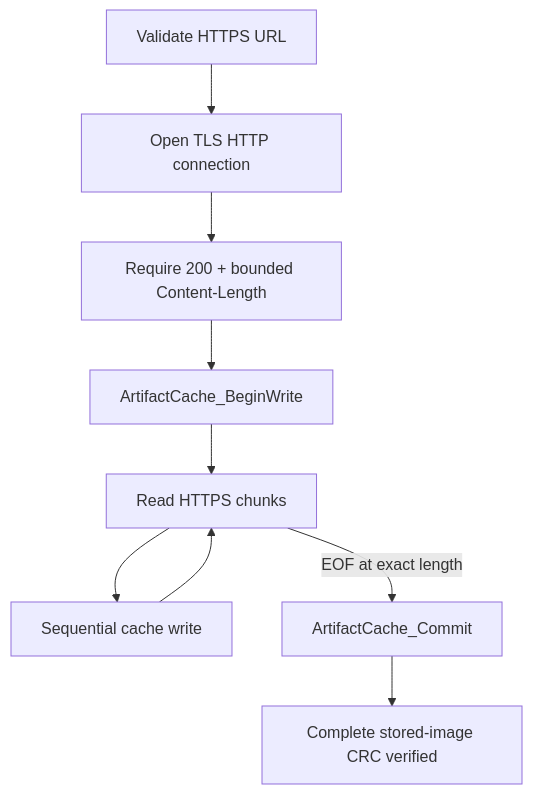
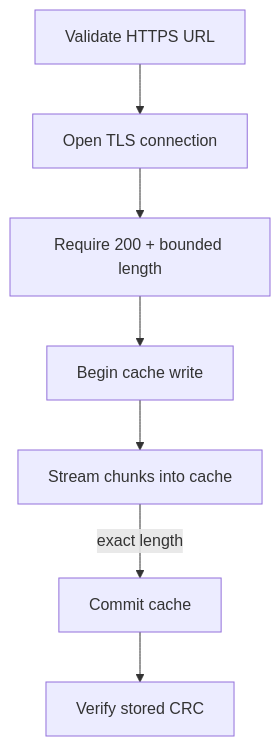
Before and after one commit to haikevins/secure-delta-ota-bootloader: the diagram in gateway-esp32/components/https_download/README.md, drawn with Mermaid. The commit also changed other lines of this file and 11 other files, not shown here.

````diff
--- a/gateway-esp32/components/https_download/README.md
+++ b/gateway-esp32/components/https_download/README.md
@@ -23,11 +23,9 @@
 ```mermaid
-flowchart TD
-    U["Validate HTTPS URL"] --> T["Open TLS HTTP connection"]
-    T --> H["Require 200 + bounded Content-Length"]
-    H --> B["ArtifactCache_BeginWrite"]
-    B --> S["Read HTTPS chunks"]
-    S --> W["Sequential cache write"]
-    W --> S
-    S -->|"EOF at exact length"| C["ArtifactCache_Commit"]
-    C --> V["Complete stored-image CRC verified"]
+flowchart TB
+    U["Validate HTTPS URL"] --> T["Open TLS connection"]
+    T --> H["Require 200 + bounded length"]
+    H --> B["Begin cache write"]
+    B --> S["Stream chunks into cache"]
+    S -->|"exact length"| C["Commit cache"]
+    C --> V["Verify stored CRC"]
 ```
````
